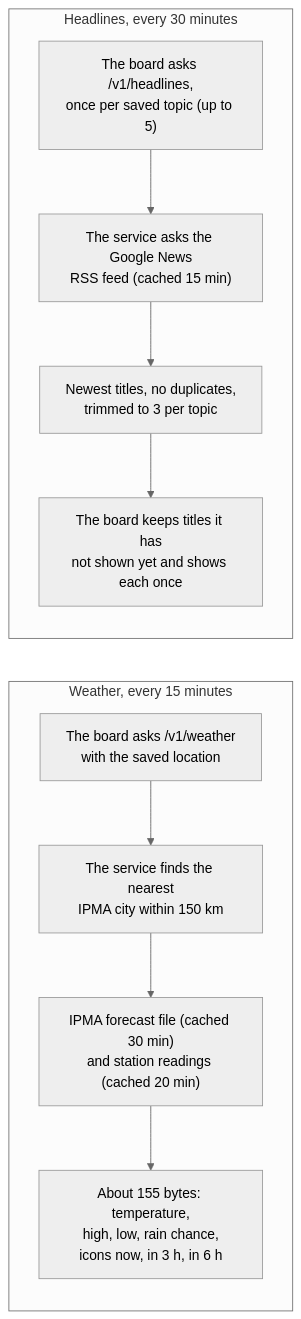
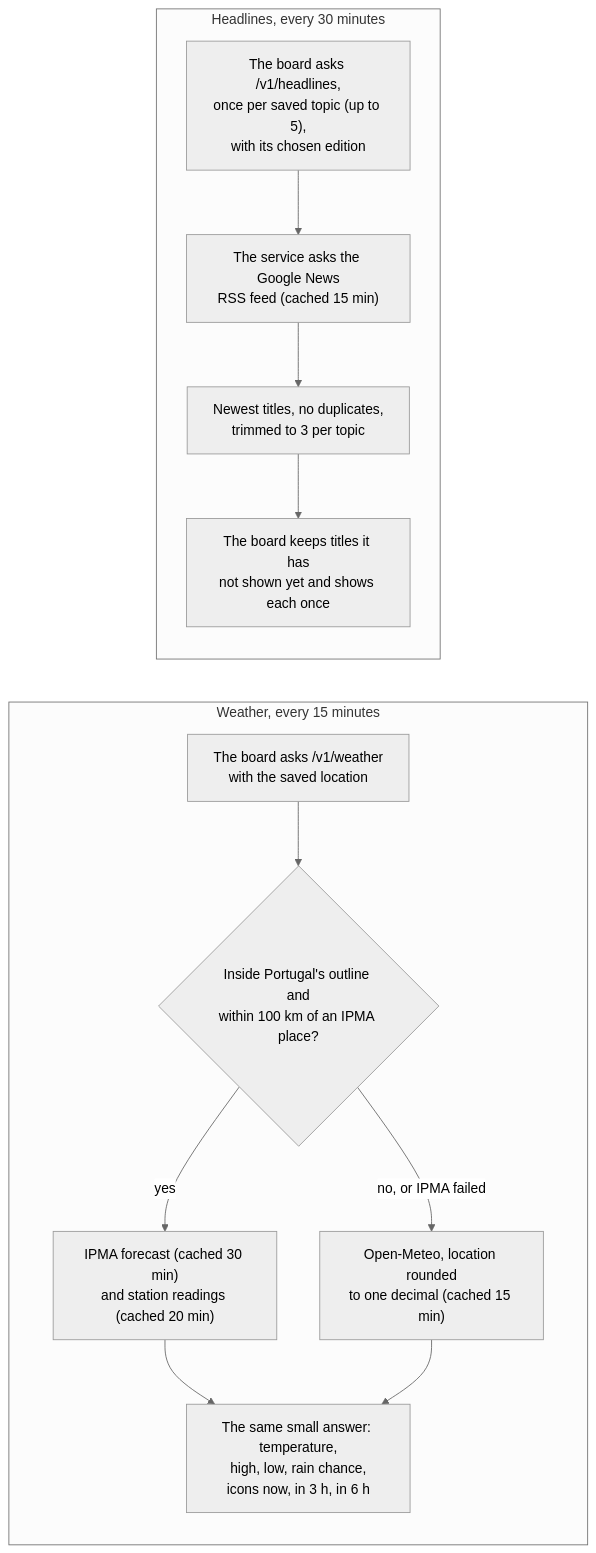
One commit to suvl/ledmatrix changed the seventh of 13 diagrams in docs/architecture.md. Above: the diagram before and after it, drawn with Mermaid (neutral theme). The commit also changed other lines of this file and 7 other files, not shown here.

First line of the commit message:
Docs wave 2: weather outside Portugal, headline editions, signed updates and key rotation [skip ci]

````diff
--- a/docs/architecture.md
+++ b/docs/architecture.md
@@ -368,13 +373,15 @@
 ```mermaid
 flowchart LR
   subgraph W["Weather, every 15 minutes"]
-    w1["The board asks /v1/weather<br/>with the saved location"] --> w2["The service finds the nearest<br/>IPMA city within 150 km"]
-    w2 --> w3["IPMA forecast file (cached 30 min)<br/>and station readings (cached 20 min)"]
-    w3 --> w4["About 155 bytes: temperature,<br/>high, low, rain chance,<br/>icons now, in 3 h, in 6 h"]
+    w1["The board asks /v1/weather<br/>with the saved location"] --> w2{"Inside Portugal's outline and<br/>within 100 km of an IPMA place?"}
+    w2 -->|"yes"| w3["IPMA forecast (cached 30 min)<br/>and station readings (cached 20 min)"]
+    w2 -->|"no, or IPMA failed"| w4["Open-Meteo, location rounded<br/>to one decimal (cached 15 min)"]
+    w3 --> w5["The same small answer: temperature,<br/>high, low, rain chance,<br/>icons now, in 3 h, in 6 h"]
+    w4 --> w5
   end
   subgraph H["Headlines, every 30 minutes"]
-    h1["The board asks /v1/headlines,<br/>once per saved topic (up to 5)"] --> h2["The service asks the Google News<br/>RSS feed (cached 15 min)"]
+    h1["The board asks /v1/headlines,<br/>once per saved topic (up to 5),<br/>with its chosen edition"] --> h2["The service asks the Google News<br/>RSS feed (cached 15 min)"]
     h2 --> h3["Newest titles, no duplicates,<br/>trimmed to 3 per topic"]
     h3 --> h4["The board keeps titles it has<br/>not shown yet and shows each once"]
   end
 ```
````
